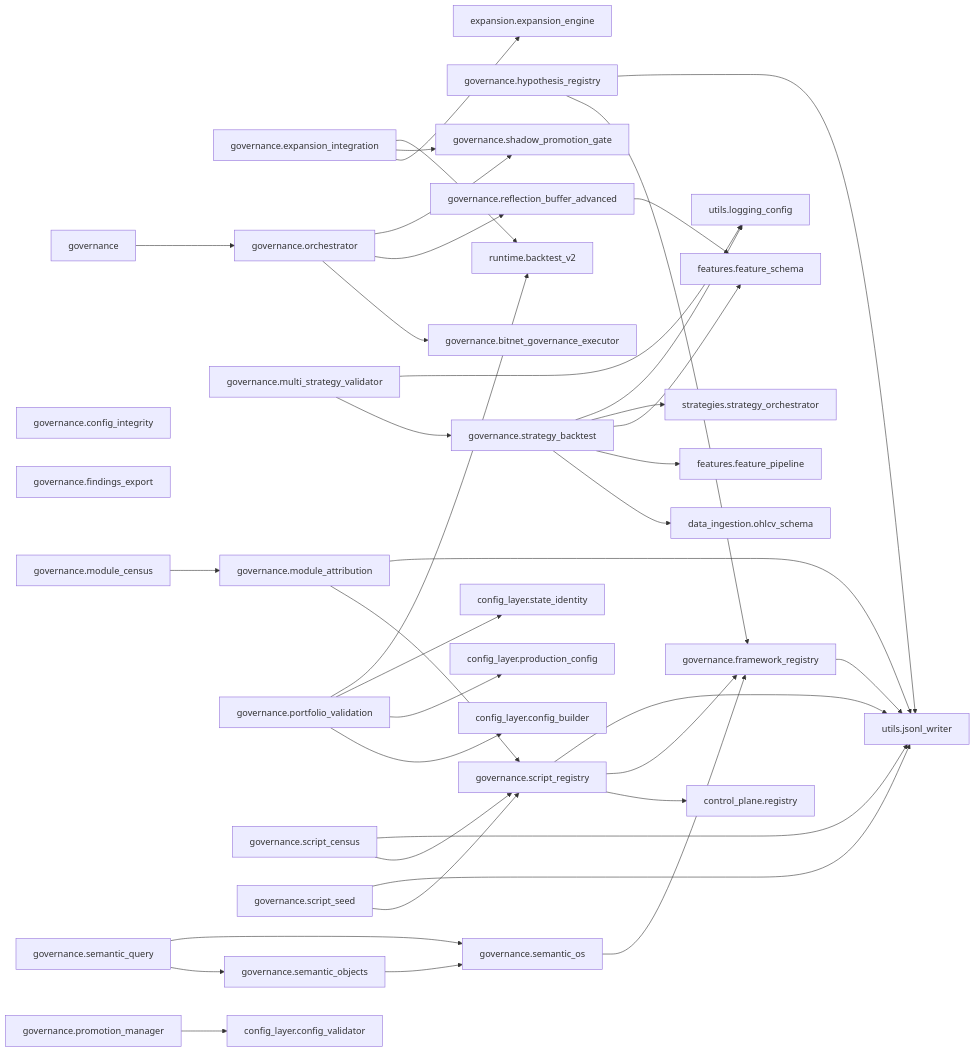
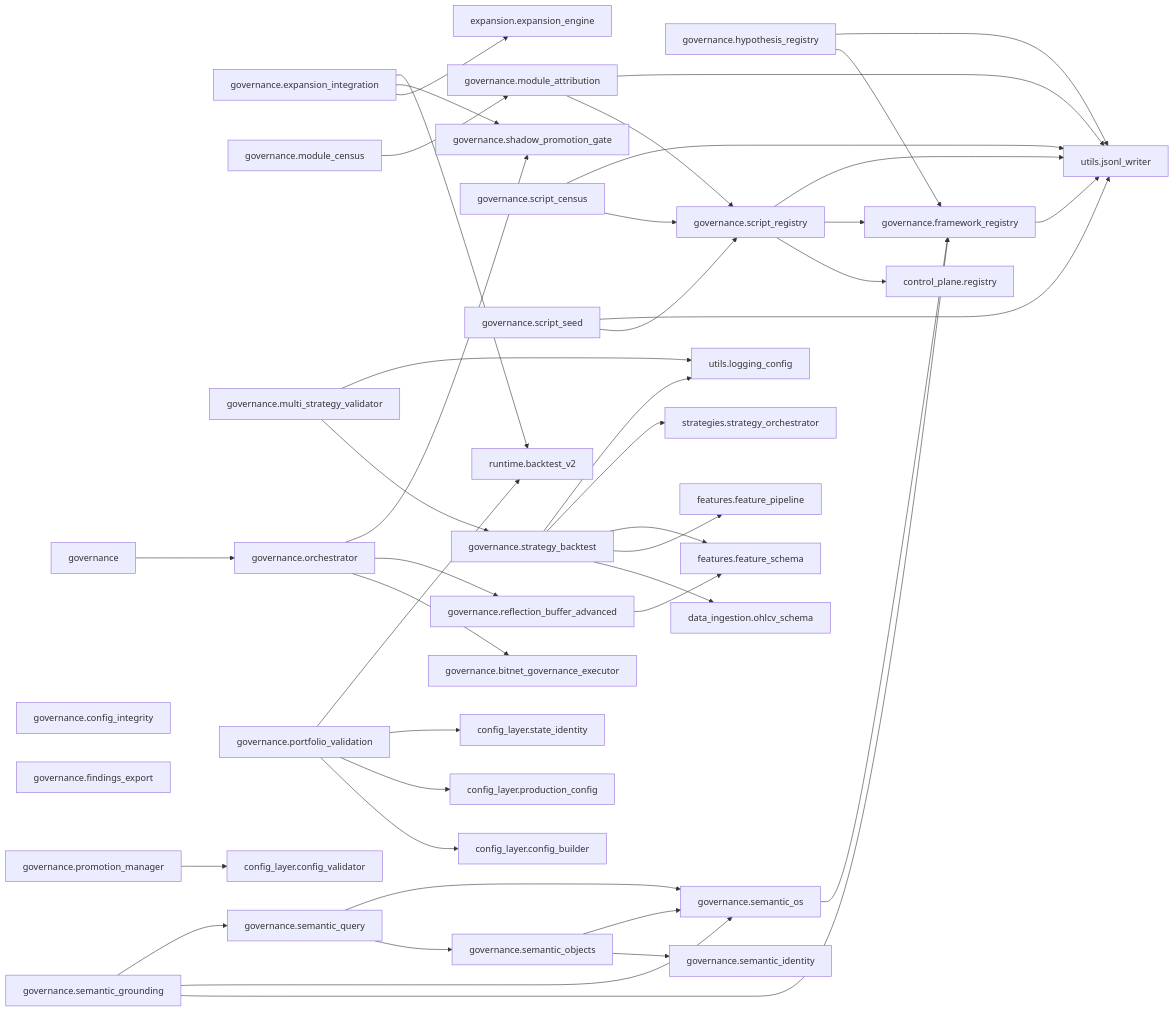
Before and after one commit to Chaithu1995-0312/TradeHlt: diagram 16 of 39 in docs/architecture/code-map.generated.md, drawn with Mermaid. The commit also changed other lines of this file and 4 other files, not shown here.

````diff
--- a/docs/architecture/code-map.generated.md
+++ b/docs/architecture/code-map.generated.md
@@ -904,75 +979,81 @@
 ```mermaid
 flowchart LR
     governance["governance"]
     governance_bitnet_governance_executor["governance.bitnet_governance_executor"]
     governance_config_integrity["governance.config_integrity"]
     governance_expansion_integration["governance.expansion_integration"]
     governance_findings_export["governance.findings_export"]
     governance_framework_registry["governance.framework_registry"]
     governance_hypothesis_registry["governance.hypothesis_registry"]
     governance_module_attribution["governance.module_attribution"]
     governance_module_census["governance.module_census"]
     governance_multi_strategy_validator["governance.multi_strategy_validator"]
     governance_orchestrator["governance.orchestrator"]
     governance_portfolio_validation["governance.portfolio_validation"]
     governance_promotion_manager["governance.promotion_manager"]
     governance_reflection_buffer_advanced["governance.reflection_buffer_advanced"]
     governance_script_census["governance.script_census"]
     governance_script_registry["governance.script_registry"]
     governance_script_seed["governance.script_seed"]
+    governance_semantic_grounding["governance.semantic_grounding"]
+    governance_semantic_identity["governance.semantic_identity"]
     governance_semantic_objects["governance.semantic_objects"]
     governance_semantic_os["governance.semantic_os"]
     governance_semantic_query["governance.semantic_query"]
     governance_shadow_promotion_gate["governance.shadow_promotion_gate"]
     governance_strategy_backtest["governance.strategy_backtest"]
     config_layer_config_builder["config_layer.config_builder"]
     config_layer_config_validator["config_layer.config_validator"]
     config_layer_production_config["config_layer.production_config"]
     config_layer_state_identity["config_layer.state_identity"]
     control_plane_registry["control_plane.registry"]
     data_ingestion_ohlcv_schema["data_ingestion.ohlcv_schema"]
     expansion_expansion_engine["expansion.expansion_engine"]
     features_feature_pipeline["features.feature_pipeline"]
     features_feature_schema["features.feature_schema"]
     runtime_backtest_v2["runtime.backtest_v2"]
     strategies_strategy_orchestrator["strategies.strategy_orchestrator"]
     utils_jsonl_writer["utils.jsonl_writer"]
     utils_logging_config["utils.logging_config"]
     governance --> governance_orchestrator
     governance_expansion_integration --> expansion_expansion_engine
     governance_expansion_integration --> governance_shadow_promotion_gate
     governance_expansion_integration --> runtime_backtest_v2
     governance_framework_registry --> utils_jsonl_writer
     governance_hypothesis_registry --> governance_framework_registry
     governance_hypothesis_registry --> utils_jsonl_writer
     governance_module_attribution --> governance_script_registry
     governance_module_attribution --> utils_jsonl_writer
     governance_module_census --> governance_module_attribution
     governance_multi_strategy_validator --> governance_strategy_backtest
     governance_multi_strategy_validator --> utils_logging_config
     governance_orchestrator --> governance_bitnet_governance_executor
     governance_orchestrator --> governance_reflection_buffer_advanced
     governance_orchestrator --> governance_shadow_promotion_gate
     governance_portfolio_validation --> config_layer_config_builder
     governance_portfolio_validation --> config_layer_production_config
     governance_portfolio_validation --> config_layer_state_identity
     governance_portfolio_validation --> runtime_backtest_v2
     governance_promotion_manager --> config_layer_config_validator
     governance_reflection_buffer_advanced --> features_feature_schema
     governance_script_census --> governance_script_registry
     governance_script_census --> utils_jsonl_writer
     governance_script_registry --> control_plane_registry
     governance_script_registry --> governance_framework_registry
     governance_script_registry --> utils_jsonl_writer
     governance_script_seed --> governance_script_registry
     governance_script_seed --> utils_jsonl_writer
+    governance_semantic_grounding --> governance_framework_registry
+    governance_semantic_grounding --> governance_semantic_os
+    governance_semantic_grounding --> governance_semantic_query
+    governance_semantic_objects --> governance_semantic_identity
     governance_semantic_objects --> governance_semantic_os
     governance_semantic_os --> governance_framework_registry
     governance_semantic_query --> governance_semantic_objects
     governance_semantic_query --> governance_semantic_os
     governance_strategy_backtest --> data_ingestion_ohlcv_schema
     governance_strategy_backtest --> features_feature_pipeline
     governance_strategy_backtest --> features_feature_schema
     governance_strategy_backtest --> strategies_strategy_orchestrator
     governance_strategy_backtest --> utils_logging_config
 ```
````
